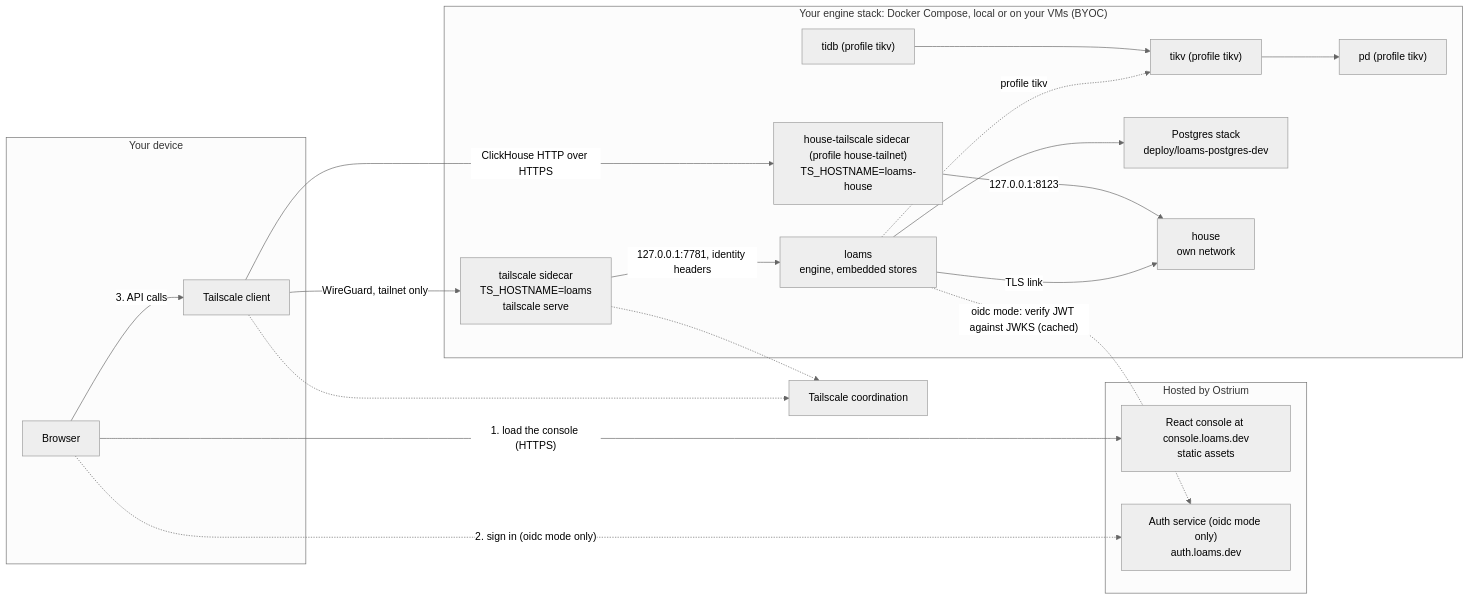
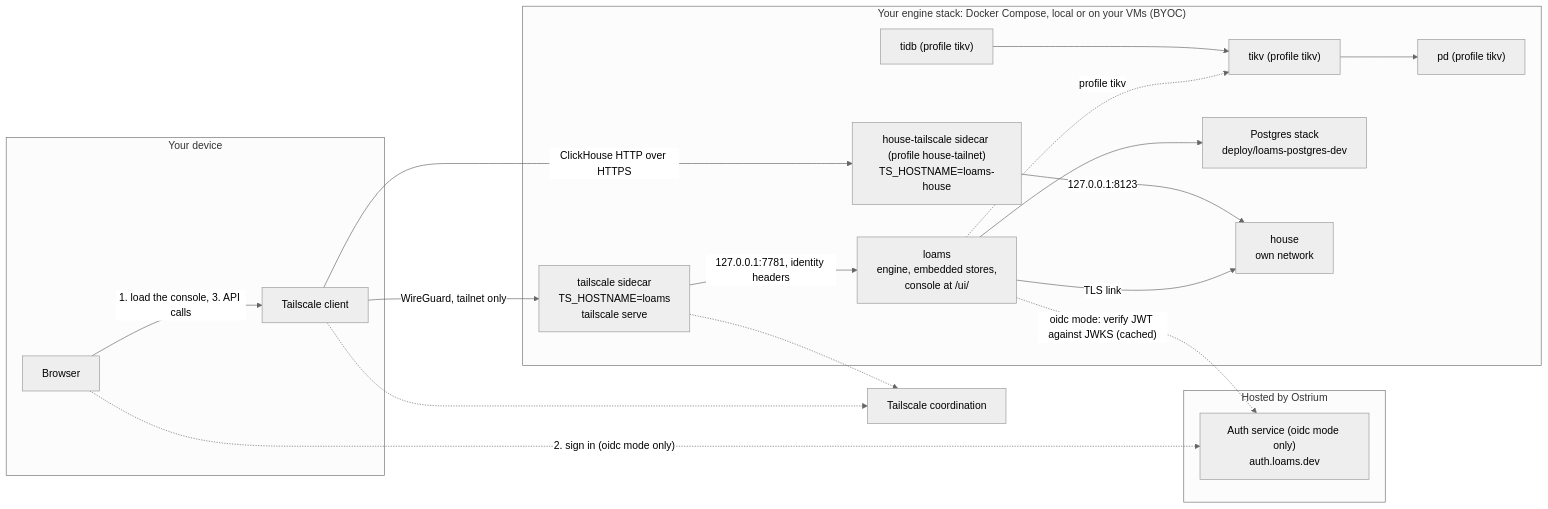
The diagram in docs/release/preview.md (BharanitharanKR/loams), drawn with Mermaid (neutral theme) before and after one commit. The commit also changed other lines of this file and 11 other files, not shown here.

````diff
--- a/docs/release/preview.md
+++ b/docs/release/preview.md
@@ -125,41 +128,39 @@
 ```mermaid
 flowchart LR
   subgraph hosted["Hosted by Ostrium"]
-    console["React console at console.loams.dev<br/>static assets"]
     auth["Auth service (oidc mode only)<br/>auth.loams.dev"]
   end
 
   subgraph device["Your device"]
     browser["Browser"]
     tsclient["Tailscale client"]
   end
 
   coord["Tailscale coordination"]
 
   subgraph stack["Your engine stack: Docker Compose, local or on your VMs (BYOC)"]
     ts["tailscale sidecar<br/>TS_HOSTNAME=loams<br/>tailscale serve"]
-    loams["loams<br/>engine, embedded stores"]
+    loams["loams<br/>engine, embedded stores,<br/>console at /ui/"]
     tidb["tidb (profile tikv)"]
     tikv["tikv (profile tikv)"]
     pd["pd (profile tikv)"]
     pg["Postgres stack<br/>deploy/loams-postgres-dev"]
     hts["house-tailscale sidecar (profile house-tailnet)<br/>TS_HOSTNAME=loams-house"]
     house["house<br/>own network"]
   end
 
-  browser -- "1. load the console (HTTPS)" --> console
+  browser -- "1. load the console, 3. API calls" --> tsclient
   browser -. "2. sign in (oidc mode only)" .-> auth
-  browser -- "3. API calls" --> tsclient
   tsclient -- "WireGuard, tailnet only" --> ts
   ts -- "127.0.0.1:7781, identity headers" --> loams
   loams -. "oidc mode: verify JWT against JWKS (cached)" .-> auth
   loams -. "profile tikv" .-> tikv
   loams -- "TLS link" --> house
   tidb --> tikv
   tikv --> pd
   loams --> pg
   tsclient -- "ClickHouse HTTP over HTTPS" --> hts
   hts -- "127.0.0.1:8123" --> house
   tsclient -.-> coord
   ts -.-> coord
 ```
````
